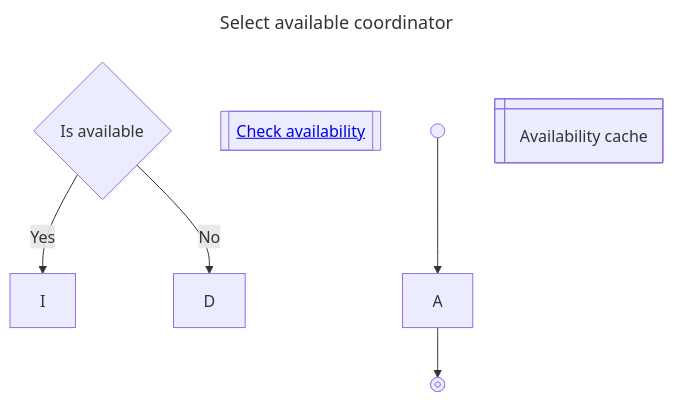
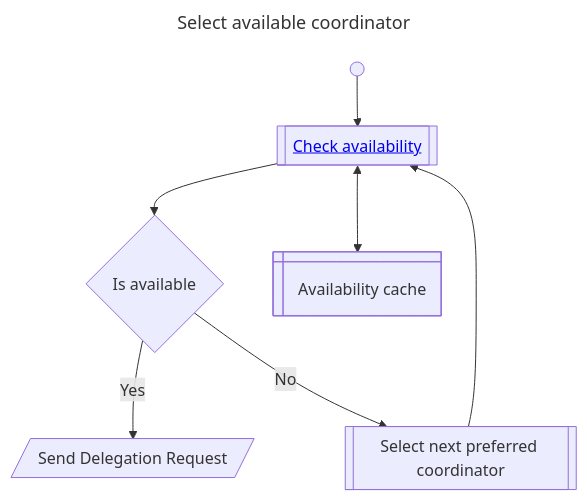
Diagram 22 of 22 in doc-site/docs/architecture/distributed_sequencer.md (matthew1001/paladin), drawn with Mermaid before and after one commit. The commit also changed other lines of this file, not shown here.

````diff
--- a/doc-site/docs/architecture/distributed_sequencer.md
+++ b/doc-site/docs/architecture/distributed_sequencer.md
@@ -1437,16 +1352,21 @@
 ```mermaid
 ---
 title: Select available coordinator
 ---
 flowchart TB
     Start@{ shape: sm-circ, label: "Start" }
-    End@{ shape: fr-circ, label: "End" }
     F@{ shape: fr-rect, label: "<a href="#check-availability">Check availability</a>" }
     H@{ shape: diam, label: "Is available" }
     K@{ shape: win-pane, label: "Availability cache" }
+    I@{ shape: lean-r, label: "Send Delegation Request" }
+    D@{ shape: fr-rect, label: "Select next preferred coordinator" }
+
+    Start --> F
+    F <--> K
+    F --> H
     H --> |Yes| I
     H --> |No| D
+    D --> F
 
-    Start-->A
-    A-->End
+    
 ```
````
